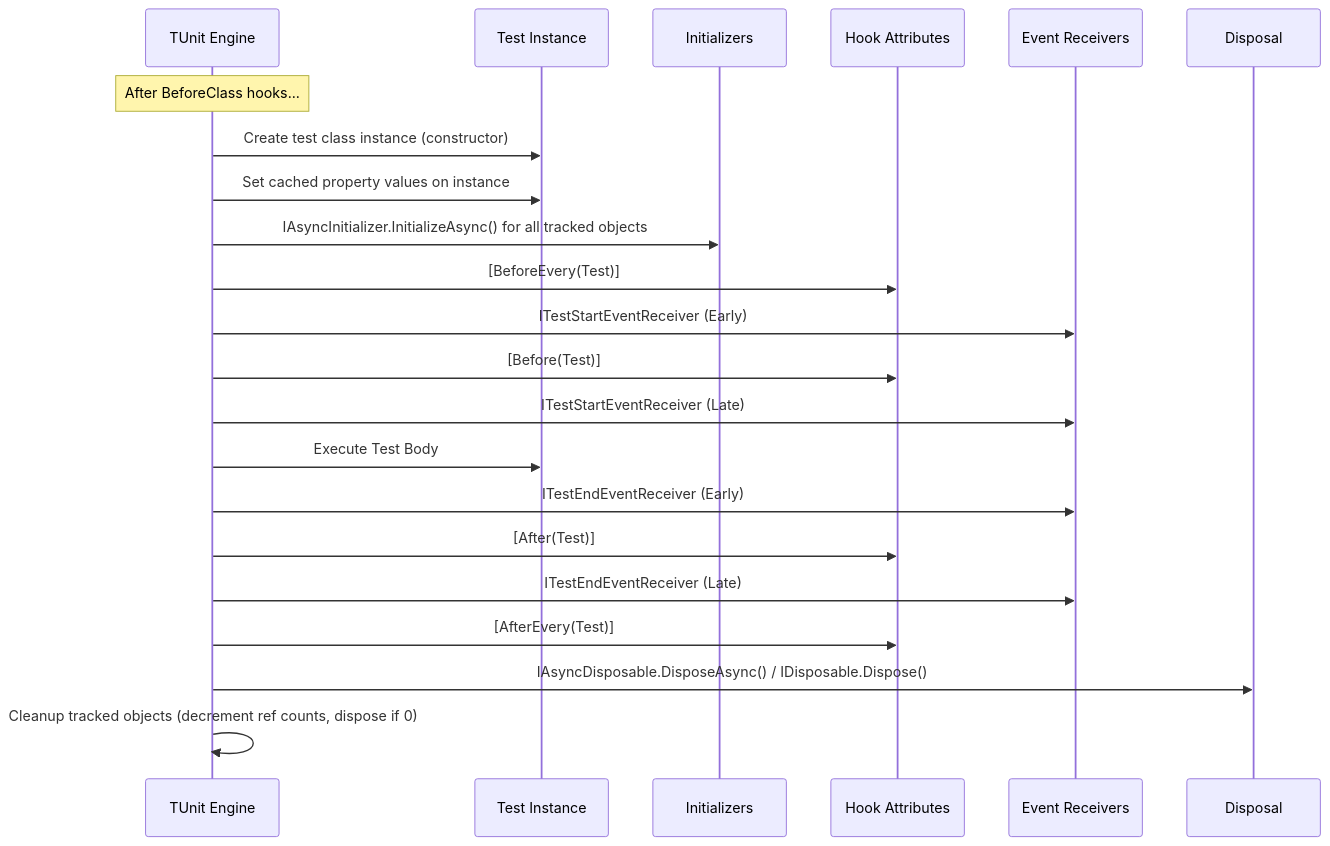
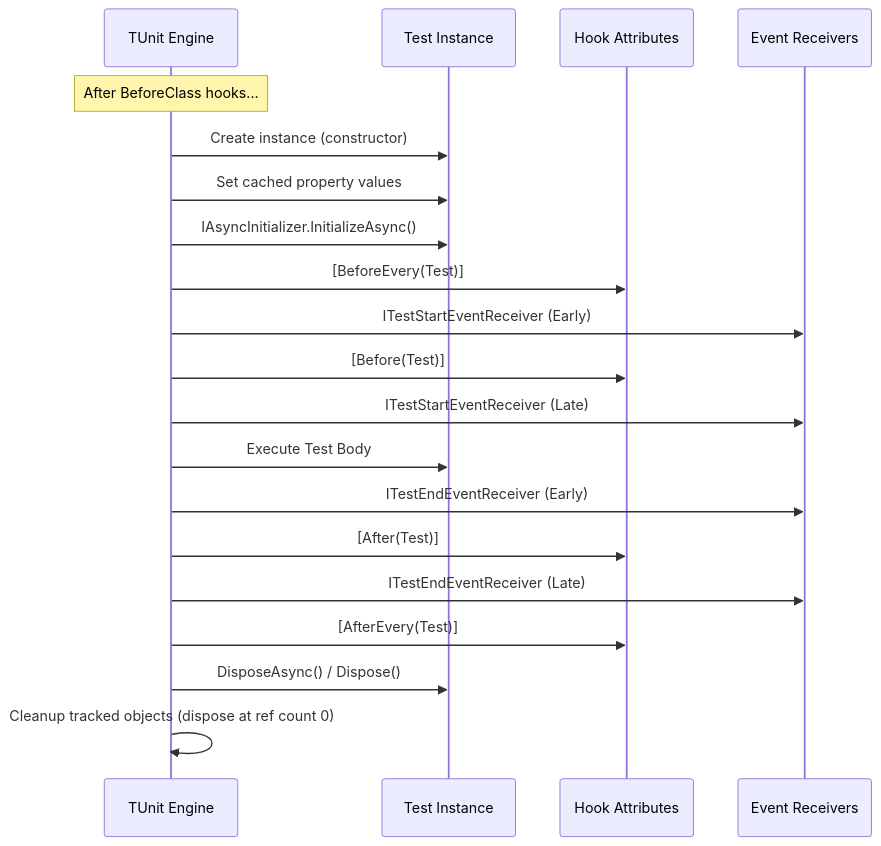
One commit to thomhurst/TUnit changed the fifth of 10 diagrams in docs/docs/writing-tests/lifecycle.md. Above: the diagram before and after it, drawn with Mermaid. The commit also changed other lines of this file and 2 other files, not shown here.

First line of the commit message:
fix(docs): make Mermaid lifecycle diagrams readable

````diff
--- a/docs/docs/writing-tests/lifecycle.md
+++ b/docs/docs/writing-tests/lifecycle.md
@@ -135,30 +111,28 @@
 ```mermaid
 sequenceDiagram
     participant Engine as TUnit Engine
     participant Instance as Test Instance
-    participant Init as Initializers
     participant Hooks as Hook Attributes
     participant Events as Event Receivers
-    participant Dispose as Disposal
 
     Note over Engine: After BeforeClass hooks...
 
-    Engine->>Instance: Create test class instance (constructor)
-    Engine->>Instance: Set cached property values on instance
-    Engine->>Init: IAsyncInitializer.InitializeAsync() for all tracked objects
+    Engine->>Instance: Create instance (constructor)
+    Engine->>Instance: Set cached property values
+    Engine->>Instance: IAsyncInitializer.InitializeAsync()
 
     Engine->>Hooks: [BeforeEvery(Test)]
     Engine->>Events: ITestStartEventReceiver (Early)
     Engine->>Hooks: [Before(Test)]
     Engine->>Events: ITestStartEventReceiver (Late)
 
     Engine->>Instance: Execute Test Body
 
     Engine->>Events: ITestEndEventReceiver (Early)
     Engine->>Hooks: [After(Test)]
     Engine->>Events: ITestEndEventReceiver (Late)
     Engine->>Hooks: [AfterEvery(Test)]
 
-    Engine->>Dispose: IAsyncDisposable.DisposeAsync() / IDisposable.Dispose()
-    Engine->>Engine: Cleanup tracked objects (decrement ref counts, dispose if 0)
+    Engine->>Instance: DisposeAsync() / Dispose()
+    Engine->>Engine: Cleanup tracked objects (dispose at ref count 0)
 ```
````
